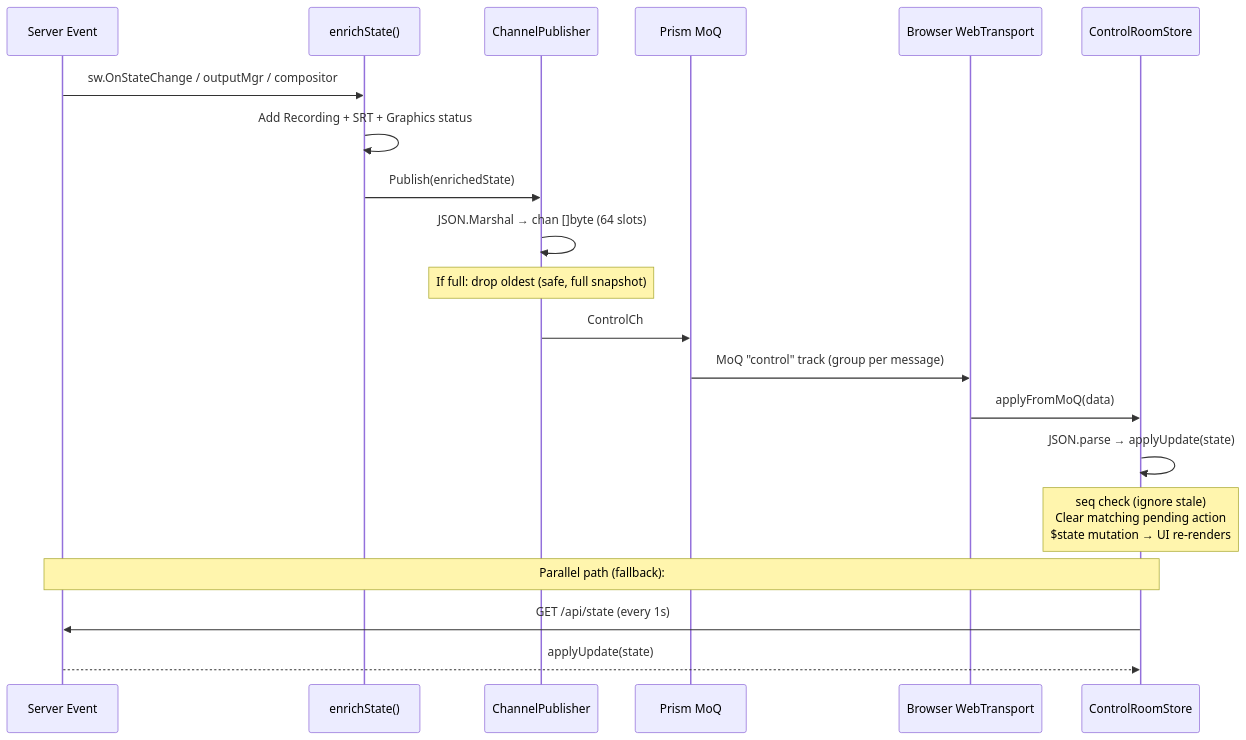
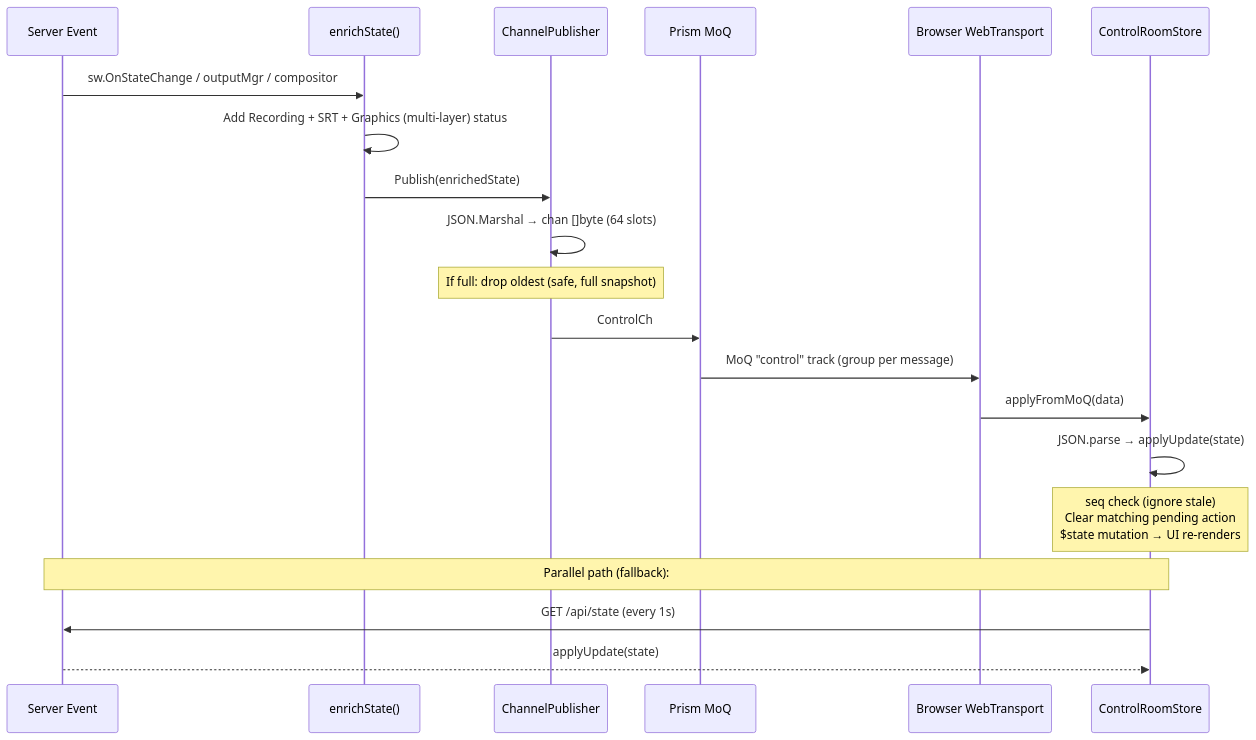
One commit to zsiec/switchframe changed diagram 23 of 24 in docs/architecture.md. Above: the diagram before and after it, drawn with Mermaid. The commit also changed other lines of this file and 3 other files, not shown here.

First line of the commit message:
Add multi-layer DSK and PIP layout features

````diff
--- a/docs/architecture.md
+++ b/docs/architecture.md
@@ -1304,24 +1451,24 @@
 ```mermaid
 sequenceDiagram
     participant Event as Server Event
     participant Enrich as enrichState()
     participant Pub as ChannelPublisher
     participant Prism as Prism MoQ
     participant WT as Browser WebTransport
     participant Store as ControlRoomStore
 
     Event->>Enrich: sw.OnStateChange / outputMgr / compositor
-    Enrich->>Enrich: Add Recording + SRT + Graphics status
+    Enrich->>Enrich: Add Recording + SRT + Graphics (multi-layer) status
     Enrich->>Pub: Publish(enrichedState)
     Pub->>Pub: JSON.Marshal → chan []byte (64 slots)
     Note over Pub: If full: drop oldest (safe, full snapshot)
     Pub->>Prism: ControlCh
     Prism->>WT: MoQ "control" track (group per message)
     WT->>Store: applyFromMoQ(data)
     Store->>Store: JSON.parse → applyUpdate(state)
     Note over Store: seq check (ignore stale)<br/>Clear matching pending action<br/>$state mutation → UI re-renders
 
     Note over Event,Store: Parallel path (fallback):
     Store->>Event: GET /api/state (every 1s)
     Event-->>Store: applyUpdate(state)
 ```
````
